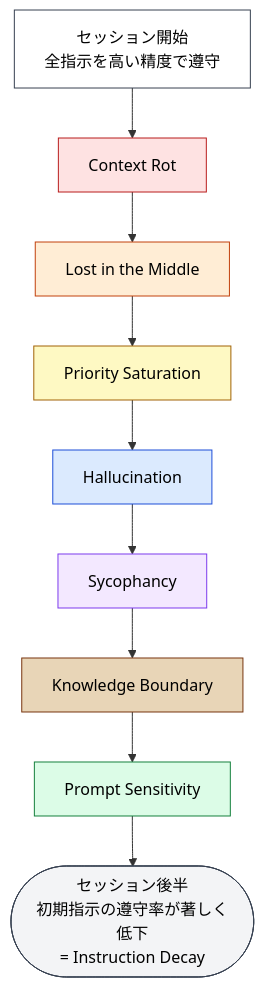
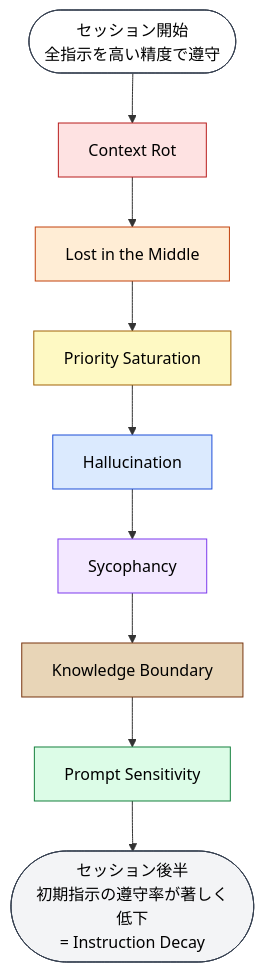
Before and after one commit to shuji-bonji/understanding-llm-through-claude-code: the second of 2 diagrams in docs/01-llm-structural-problems/instruction-decay.md, drawn with Mermaid. The commit also changed other lines of this file and 2 other files, not shown here.

````diff
--- a/docs/01-llm-structural-problems/instruction-decay.md
+++ b/docs/01-llm-structural-problems/instruction-decay.md
@@ -69,24 +91,24 @@
 ```mermaid
-flowchart TD
-    Start["セッション開始<br>全指示を高い精度で遵守"]
+flowchart TB
+    Start(["セッション開始<br>全指示を高い精度で遵守"])
     CR["Context Rot"]
     LIM["Lost in the Middle"]
     PSat["Priority Saturation"]
     H["Hallucination"]
     S["Sycophancy"]
     KB["Knowledge Boundary"]
     PS["Prompt Sensitivity"]
     End(["セッション後半<br>初期指示の遵守率が著しく低下<br>= Instruction Decay"])
 
     Start --> CR --> LIM --> PSat --> H --> S --> KB --> PS --> End
 
     style Start fill:#fff,stroke:#374151,color:#000
     style CR fill:#fee2e2,stroke:#b91c1c,color:#000
     style LIM fill:#ffedd5,stroke:#c2410c,color:#000
     style PSat fill:#fef9c3,stroke:#a16207,color:#000
     style H fill:#dbeafe,stroke:#1d4ed8,color:#000
     style S fill:#f3e8ff,stroke:#7c3aed,color:#000
     style KB fill:#e8d5b7,stroke:#78350f,color:#000
     style PS fill:#dcfce7,stroke:#15803d,color:#000
     style End fill:#f3f4f6,stroke:#374151,color:#000
 ```
````
